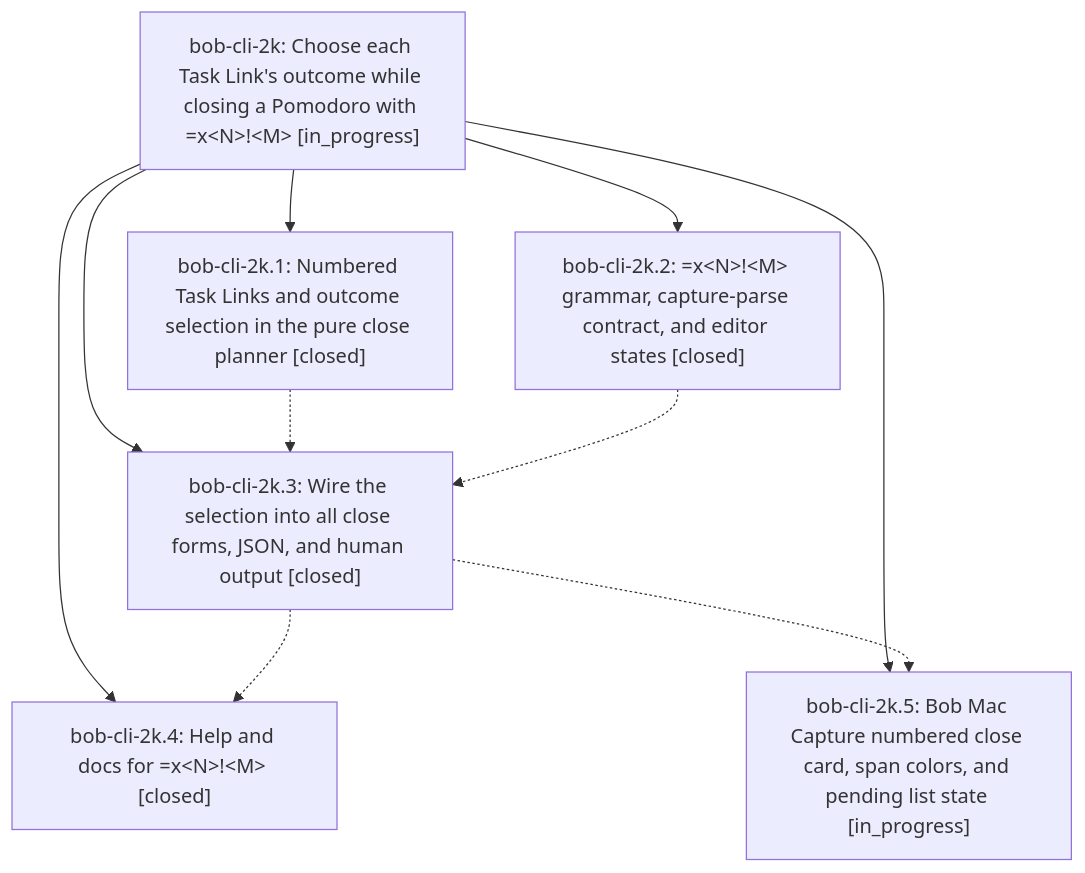
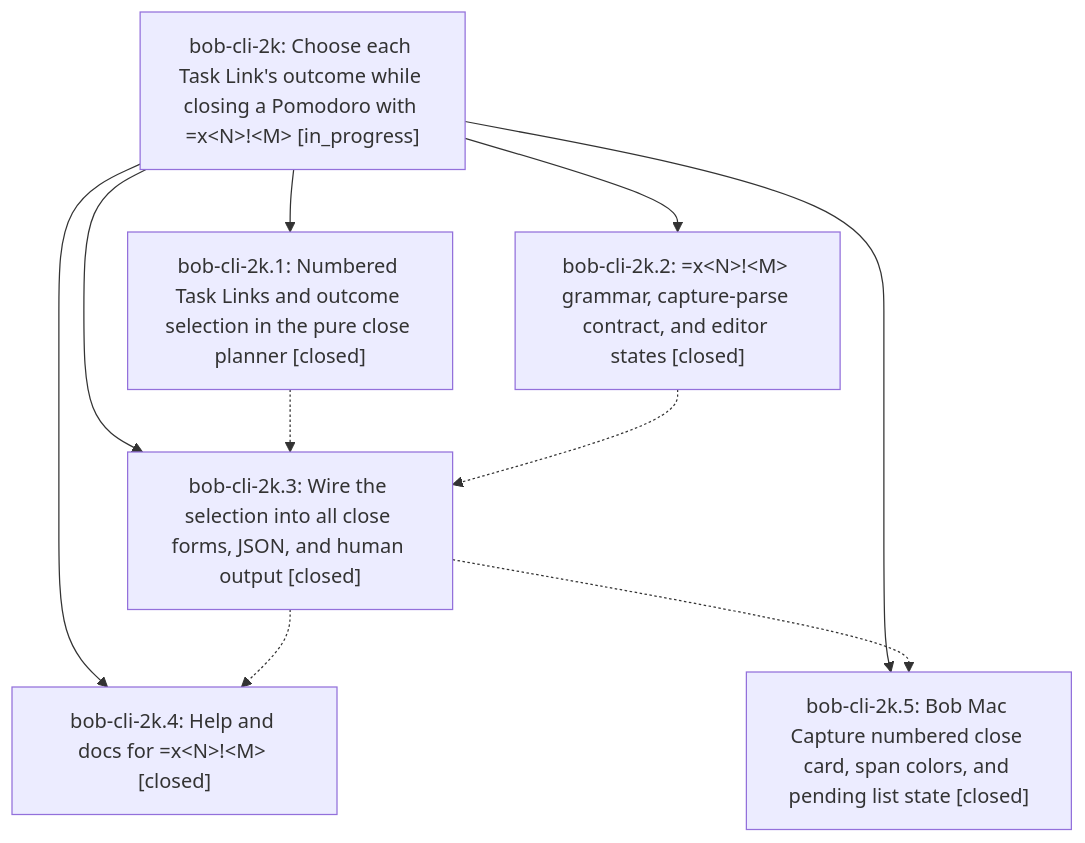
One commit to bobs-org/bob-cli--beads changed the diagram in pages/bob-cli-2k/README.md. Above: the diagram before and after it, drawn with Mermaid. The commit also changed other lines of this file and 2 other files, not shown here.

First line of the commit message:
chore(beads): sync bead state and pages for bob-cli-2k

````diff
--- a/pages/bob-cli-2k/README.md
+++ b/pages/bob-cli-2k/README.md
@@ -33,18 +49,18 @@
 ```mermaid
 flowchart TD
     n0["bob-cli-2k: Choose each Task Link's outcome while closing a Pomodoro with =x&lt;N&gt;!&lt;M&gt; [in_progress]"]
     n1["bob-cli-2k.1: Numbered Task Links and outcome selection in the pure close planner [closed]"]
     n2["bob-cli-2k.2: =x&lt;N&gt;!&lt;M&gt; grammar, capture-parse contract, and editor states [closed]"]
     n3["bob-cli-2k.3: Wire the selection into all close forms, JSON, and human output [closed]"]
     n4["bob-cli-2k.4: Help and docs for =x&lt;N&gt;!&lt;M&gt; [closed]"]
-    n5["bob-cli-2k.5: Bob Mac Capture numbered close card, span colors, and pending list state [in_progress]"]
+    n5["bob-cli-2k.5: Bob Mac Capture numbered close card, span colors, and pending list state [closed]"]
     n0 --> n1
     n0 --> n2
     n0 --> n3
     n0 --> n4
     n0 --> n5
     n1 -.-> n3
     n2 -.-> n3
     n3 -.-> n4
     n3 -.-> n5
 ```
````
